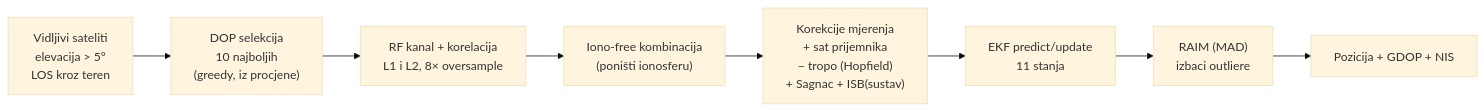
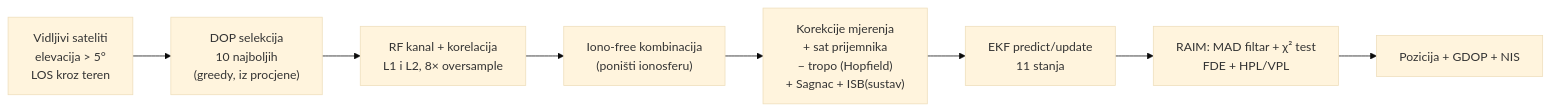
One commit to dodozg/gps-simulator-3d changed the third of 4 diagrams in GPS_Simulator_Documentation.md. Above: the diagram before and after it, drawn with Mermaid (base theme). The commit also changed other lines of this file and 14 other files, not shown here.

````diff
--- a/GPS_Simulator_Documentation.md
+++ b/GPS_Simulator_Documentation.md
@@ -140,10 +140,10 @@
 ```mermaid
 flowchart LR
     A["Vidljivi sateliti<br/>elevacija > 5°<br/>LOS kroz teren"] --> B["DOP selekcija<br/>10 najboljih<br/>(greedy, iz procjene)"]
     B --> C["RF kanal + korelacija<br/>L1 i L2, 8× oversample"]
     C --> D["Iono-free kombinacija<br/>(poništi ionosferu)"]
     D --> E["Korekcije mjerenja<br/>+ sat prijemnika<br/>− tropo (Hopfield)<br/>+ Sagnac + ISB(sustav)"]
     E --> F["EKF predict/update<br/>11 stanja"]
-    F --> G["RAIM (MAD)<br/>izbaci outliere"]
+    F --> G["RAIM: MAD filtar + χ² test<br/>FDE + HPL/VPL"]
     G --> H["Pozicija + GDOP + NIS"]
 ```
````
